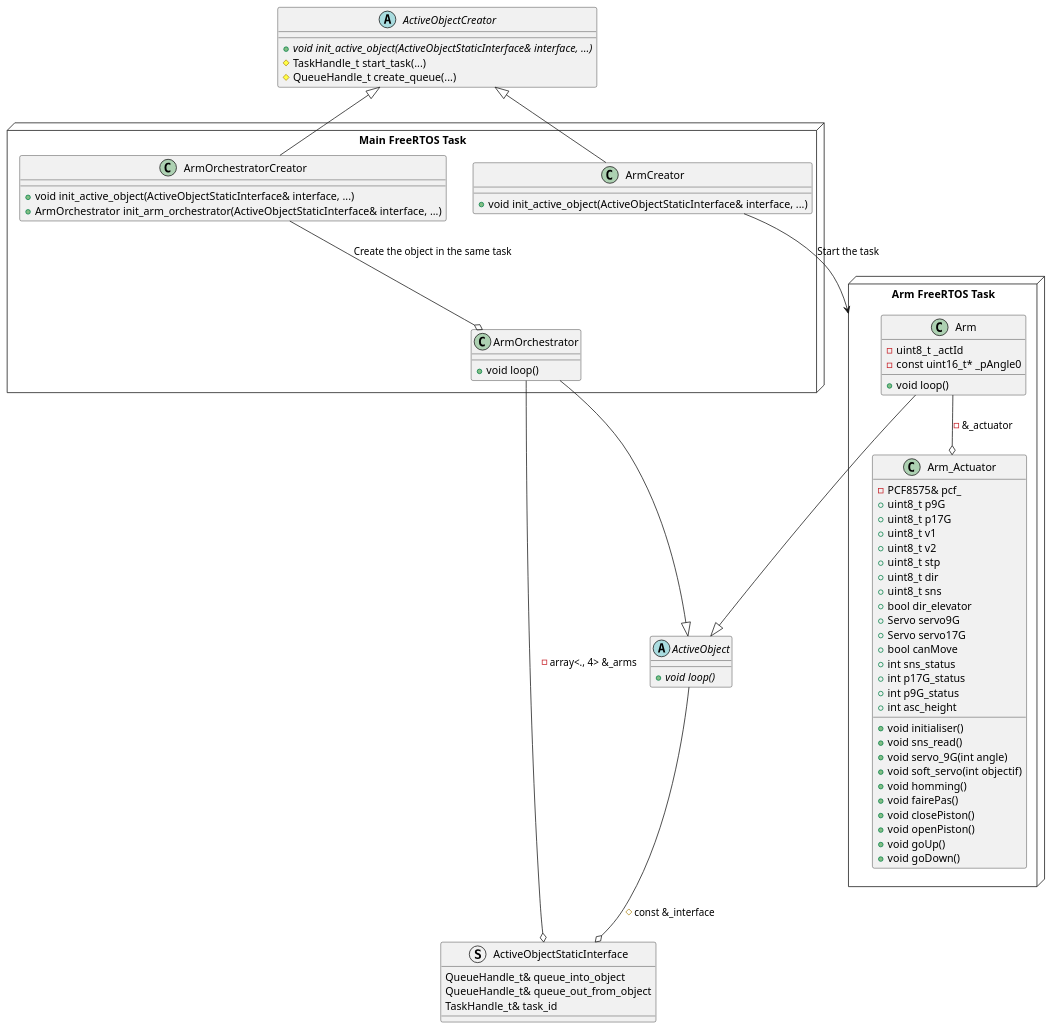
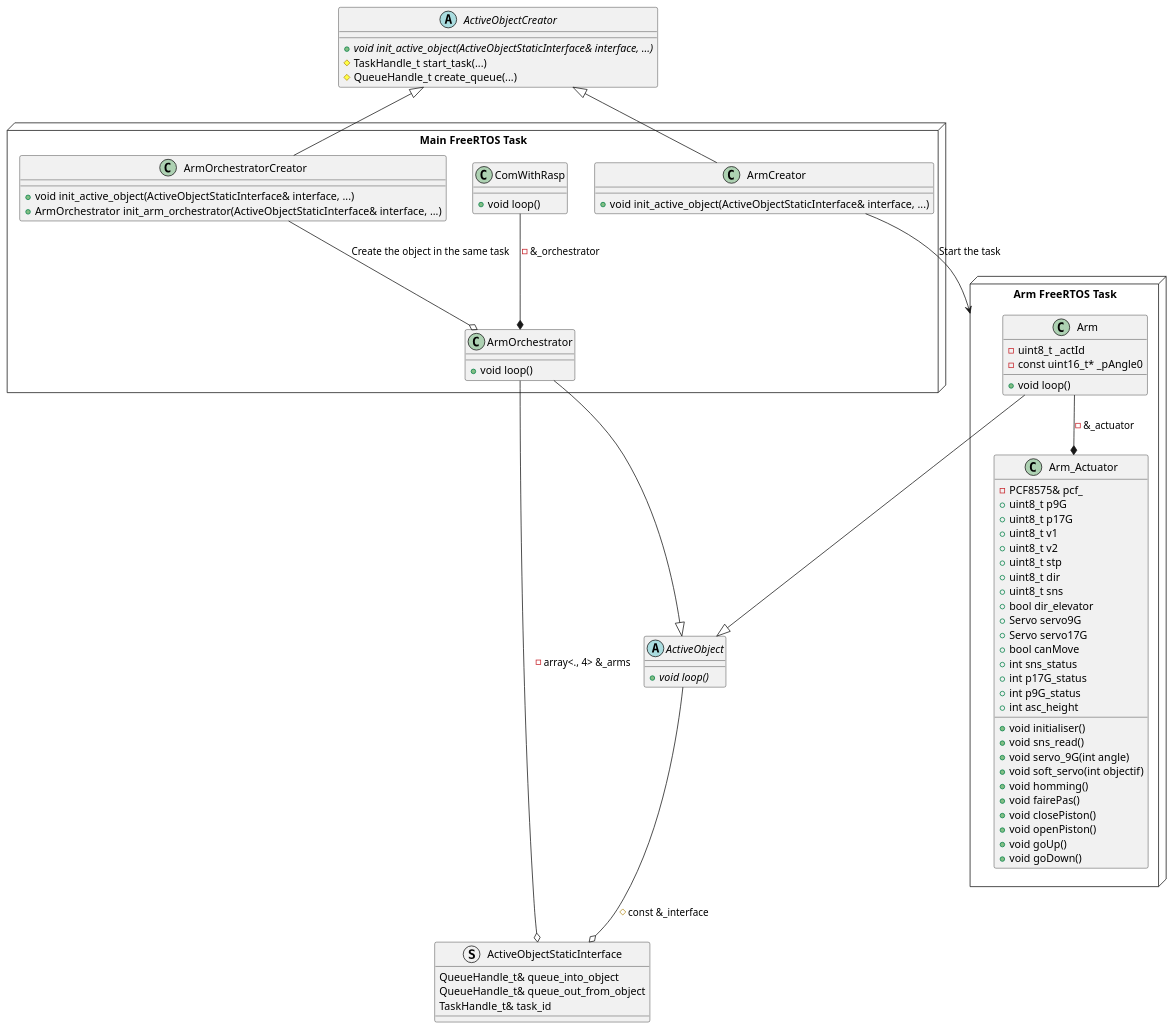
Before and after one commit to eirbot/stk_robot: the diagram in embedded/docs/arch.puml, drawn with PlantUML.

Commit message:
feat: complete archi

```diff
--- a/embedded/docs/arch.puml
+++ b/embedded/docs/arch.puml
@@ -1,88 +1,94 @@
 @startuml
 ' TODO: set the attributes that relates to other classes
 ' https://plantuml.com/class-diagram#631c2725deb35a73
 
 struct ActiveObjectStaticInterface {
 	QueueHandle_t& queue_into_object
 	QueueHandle_t& queue_out_from_object
 	TaskHandle_t& task_id
 }
 
 abstract class ActiveObject {
 	+ {abstract} void loop()
 }
 
 ActiveObject --o ActiveObjectStaticInterface : # const &_interface
 package "Arm FreeRTOS Task" <<Node>> {
 	class Arm {
 		- uint8_t _actId
 		- const uint16_t* _pAngle0
 		+ void loop()
 	}
 
 	class Arm_Actuator {
 		+ void initialiser()
 		+ void sns_read()
 		+ void servo_9G(int angle)
 		+ void soft_servo(int objectif)
 		+ void homming()
 		+ void fairePas()
 		+ void closePiston()
 		+ void openPiston()
 		+ void goUp()
 		+ void goDown()
 
 		- PCF8575& pcf_
 		+ uint8_t p9G
 		+ uint8_t p17G
 		+ uint8_t v1
 		+ uint8_t v2
 		+ uint8_t stp
 		+ uint8_t dir
 		+ uint8_t sns
 		+ bool dir_elevator
 		+ Servo servo9G
 		+ Servo servo17G
 		+ bool canMove
 		+ int sns_status
 		+ int p17G_status
 		+ int p9G_status
 		+ int asc_height
 	}
 }
 
-Arm --o Arm_Actuator : - &_actuator
+Arm --* Arm_Actuator : - &_actuator
 
 Arm --|> ActiveObject
 
 abstract class ActiveObjectCreator {
     + {abstract} void init_active_object(ActiveObjectStaticInterface& interface, ...) 
 	# TaskHandle_t start_task(...)
 	# QueueHandle_t create_queue(...)
 }
 
 package "Main FreeRTOS Task" <<Node>> {
 	class ArmCreator {
 	    + void init_active_object(ActiveObjectStaticInterface& interface, ...) 
 	}
 	ArmCreator -up-|> ActiveObjectCreator
 	ArmCreator --> "Arm FreeRTOS Task" : "Start the task"
 
 	class ArmOrchestrator {
 		+ void loop()
 	}
 
 	ArmOrchestrator --o ActiveObjectStaticInterface : - array<., 4> &_arms
 
 	ArmOrchestrator --|> ActiveObject
 
 	class ArmOrchestratorCreator {
 		+ void init_active_object(ActiveObjectStaticInterface& interface, ...) 
 		+ ArmOrchestrator init_arm_orchestrator(ActiveObjectStaticInterface& interface, ...) 
 	}
 
 	ArmOrchestratorCreator -up-|> ActiveObjectCreator
 	ArmOrchestratorCreator --o ArmOrchestrator : Create the object in the same task 
+
+	class ComWithRasp {
+		+ void loop()
+	}
+
+    ComWithRasp --* ArmOrchestrator : - &_orchestrator
 }
 
 @enduml
```
